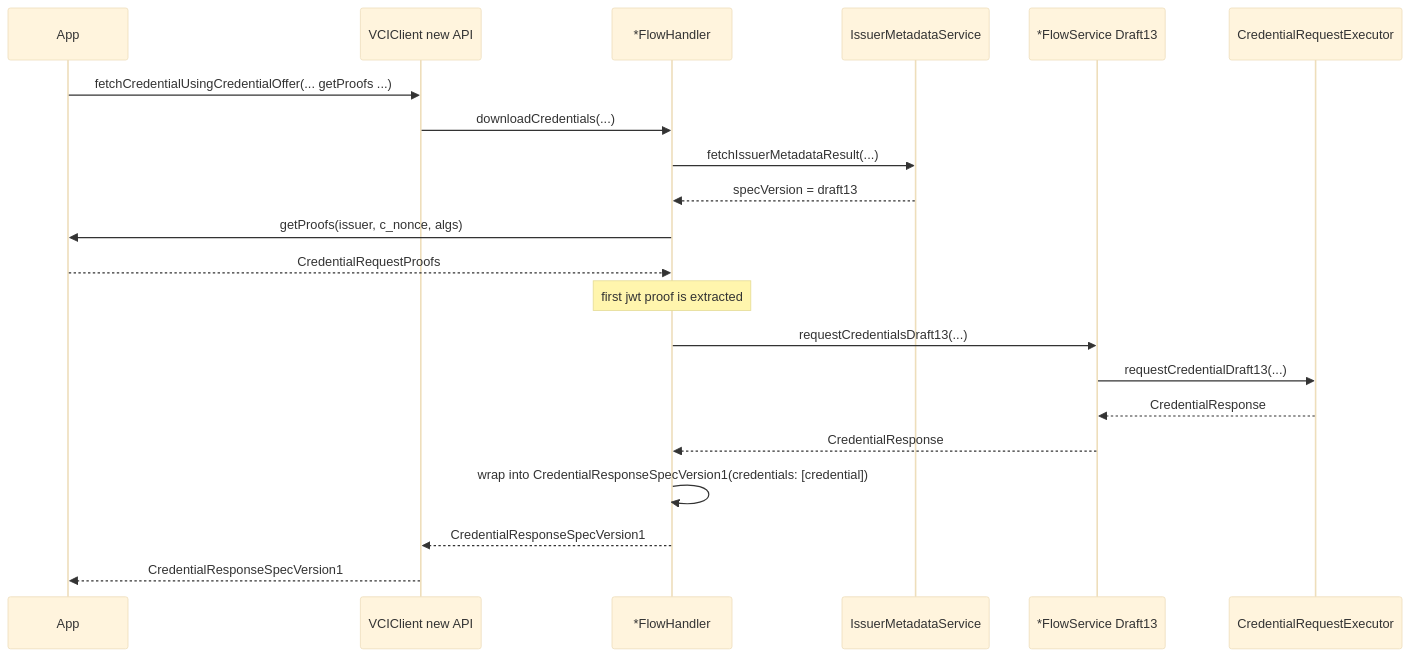
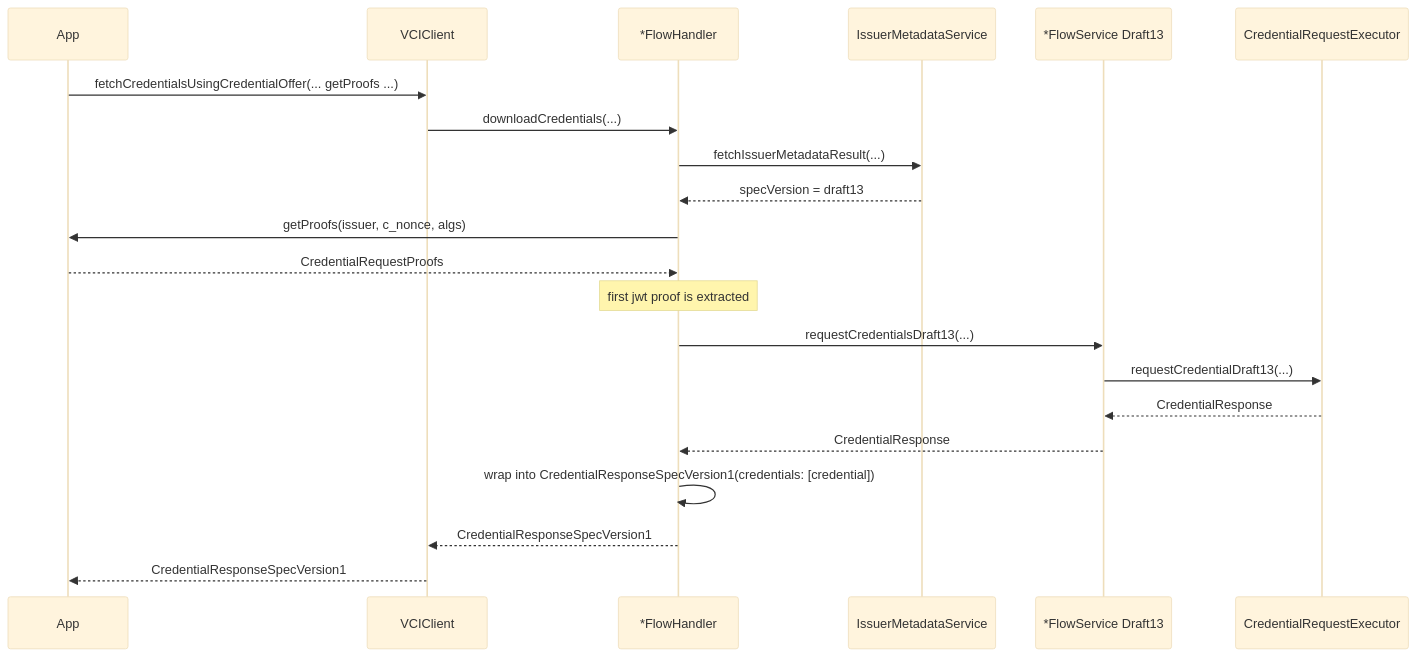
The fourth of 4 diagrams in docs/adr/0001-openid4vci-v1-migration.md (inji/inji-vci-client-ios-swift), drawn with Mermaid (base theme) before and after one commit. The commit also changed other lines of this file and 5 other files, not shown here.

````diff
--- a/docs/adr/0001-openid4vci-v1-migration.md
+++ b/docs/adr/0001-openid4vci-v1-migration.md
@@ -377,24 +300,24 @@
 ```mermaid
 sequenceDiagram
     participant App
-    participant Client as VCIClient new API
+    participant Client as VCIClient
     participant Handler as *FlowHandler
     participant Metadata as IssuerMetadataService
     participant Service as *FlowService Draft13
     participant Exec as CredentialRequestExecutor
 
-    App->>Client: fetchCredentialUsingCredentialOffer(... getProofs ...)
+    App->>Client: fetchCredentialsUsingCredentialOffer(... getProofs ...)
     Client->>Handler: downloadCredentials(...)
     Handler->>Metadata: fetchIssuerMetadataResult(...)
     Metadata-->>Handler: specVersion = draft13
     Handler->>App: getProofs(issuer, c_nonce, algs)
     App-->>Handler: CredentialRequestProofs
     Note over Handler: first jwt proof is extracted
     Handler->>Service: requestCredentialsDraft13(...)
     Service->>Exec: requestCredentialDraft13(...)
     Exec-->>Service: CredentialResponse
     Service-->>Handler: CredentialResponse
     Handler->>Handler: wrap into CredentialResponseSpecVersion1(credentials: [credential])
     Handler-->>Client: CredentialResponseSpecVersion1
     Client-->>App: CredentialResponseSpecVersion1
 ```
````
